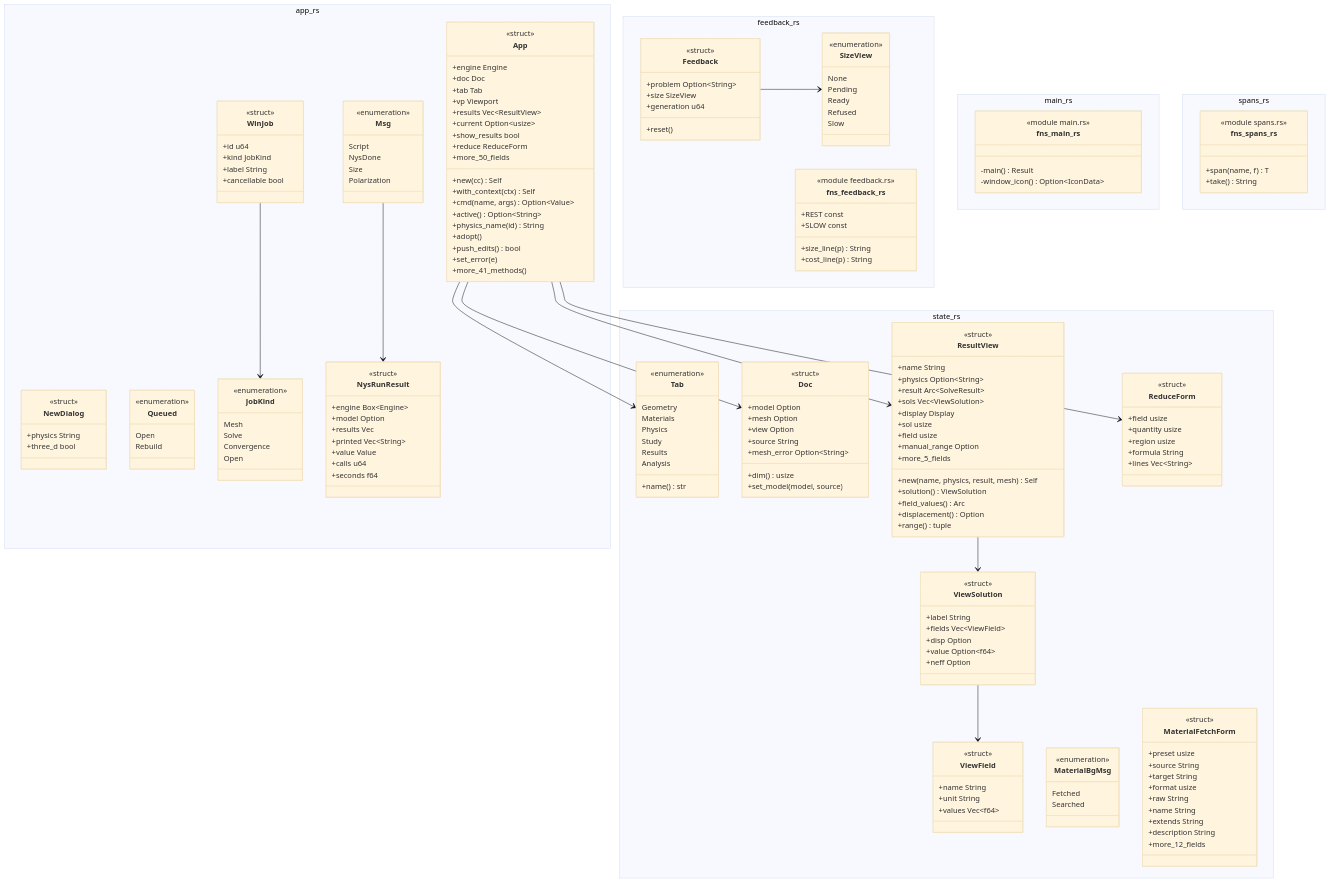
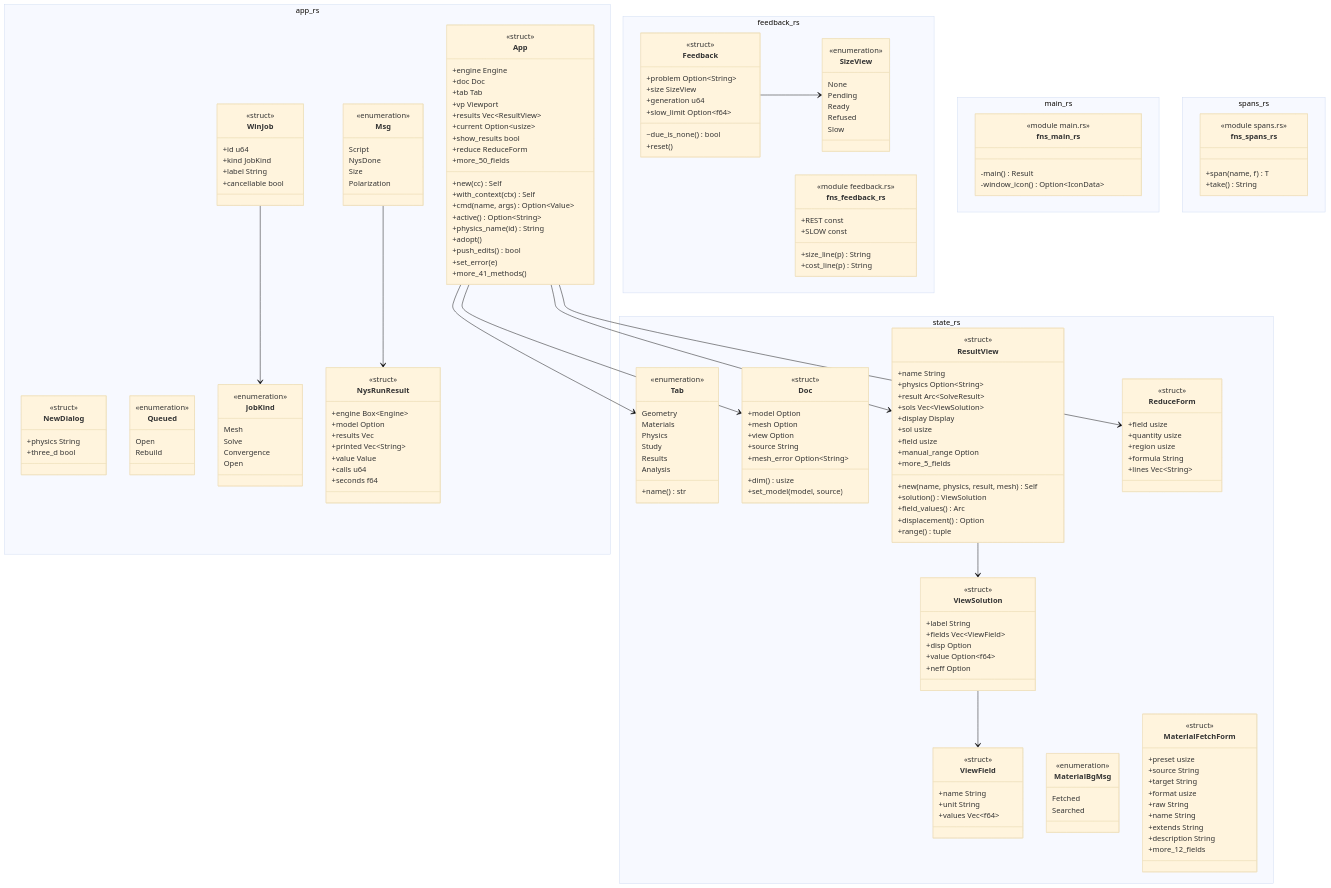
The diagram in docs/architecture/c4/4-code/app/window.md (p-j-r/nyx), drawn with Mermaid (base theme) before and after one commit. The commit also changed other lines of this file and 110 other files, not shown here.

```diff
--- a/docs/architecture/c4/4-code/app/window.md
+++ b/docs/architecture/c4/4-code/app/window.md
@@ -122,6 +122,8 @@
         +problem Option~String~
         +size SizeView
         +generation u64
+        +slow_limit Option~f64~
+        ~due_is_none() bool
         +reset()
     }
     class fns_feedback_rs {
```
